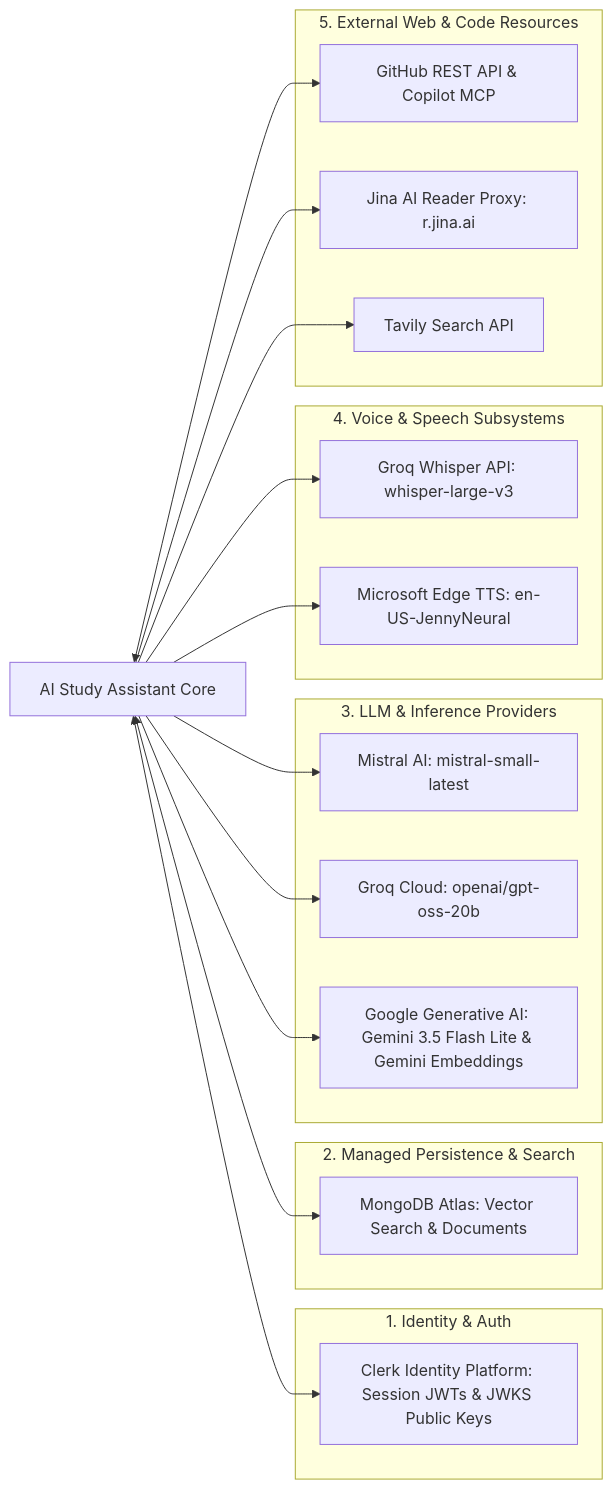
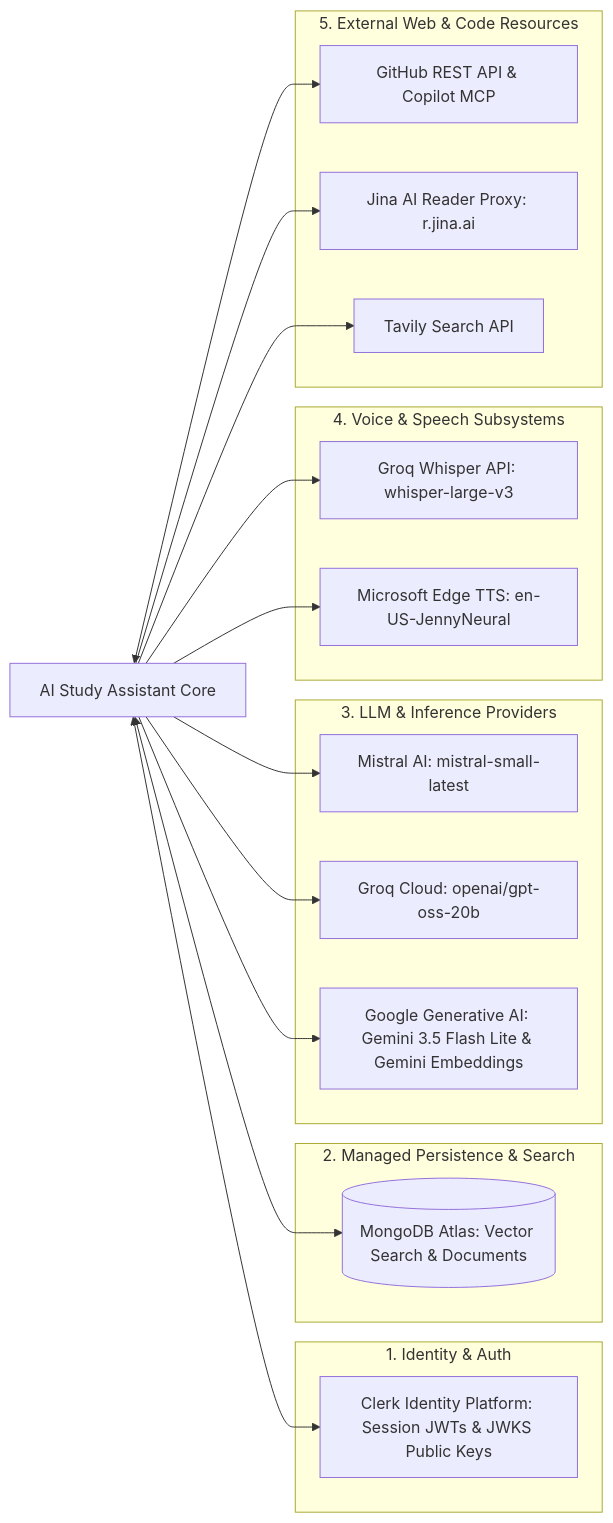
The seventh of 9 diagrams in docs/architecture.md (priyadharshiniannadurai413-dev/study_guide_generator), drawn with Mermaid before and after one commit. The commit also changed other lines of this file and 1 other file, not shown here.

Commit message:
docs: add system workflow and architecture documentation

````diff
--- a/docs/architecture.md
+++ b/docs/architecture.md
@@ -441,40 +477,40 @@
 ```mermaid
 flowchart LR
-    App[AI Study Assistant Core]
+    App["AI Study Assistant Core"]
     
     subgraph IdentityService ["1. Identity & Auth"]
-        Clerk[Clerk Identity Platform: Session JWTs & JWKS Public Keys]
+        Clerk["Clerk Identity Platform: Session JWTs & JWKS Public Keys"]
     end
 
     subgraph DatabaseCloud ["2. Managed Persistence & Search"]
-        Atlas[MongoDB Atlas: Vector Search & Documents]
+        Atlas[("MongoDB Atlas: Vector Search & Documents")]
     end
 
     subgraph LLMProviders ["3. LLM & Inference Providers"]
-        MistralAI[Mistral AI: mistral-small-latest]
-        GroqCloud[Groq Cloud: openai/gpt-oss-20b]
-        GoogleAI[Google Generative AI: Gemini 3.5 Flash Lite & Gemini Embeddings]
+        MistralAI["Mistral AI: mistral-small-latest"]
+        GroqCloud["Groq Cloud: openai/gpt-oss-20b"]
+        GoogleAI["Google Generative AI: Gemini 3.5 Flash Lite & Gemini Embeddings"]
     end
 
     subgraph SpeechServices ["4. Voice & Speech Subsystems"]
-        WhisperAPI[Groq Whisper API: whisper-large-v3]
-        EdgeTTSAPI[Microsoft Edge TTS: en-US-JennyNeural]
+        WhisperAPI["Groq Whisper API: whisper-large-v3"]
+        EdgeTTSAPI["Microsoft Edge TTS: en-US-JennyNeural"]
     end
 
     subgraph ExternalWebAndCode ["5. External Web & Code Resources"]
-        GitHub[GitHub REST API & Copilot MCP]
-        JinaReader[Jina AI Reader Proxy: r.jina.ai]
-        TavilySearch[Tavily Search API]
+        GitHub["GitHub REST API & Copilot MCP"]
+        JinaReader["Jina AI Reader Proxy: r.jina.ai"]
+        TavilySearch["Tavily Search API"]
     end
 
     App <--> Clerk
     App <--> Atlas
     App --> MistralAI
     App --> GroqCloud
     App --> GoogleAI
     App --> WhisperAPI
     App --> EdgeTTSAPI
     App <--> GitHub
     App --> JinaReader
     App --> TavilySearch
 ```
````
